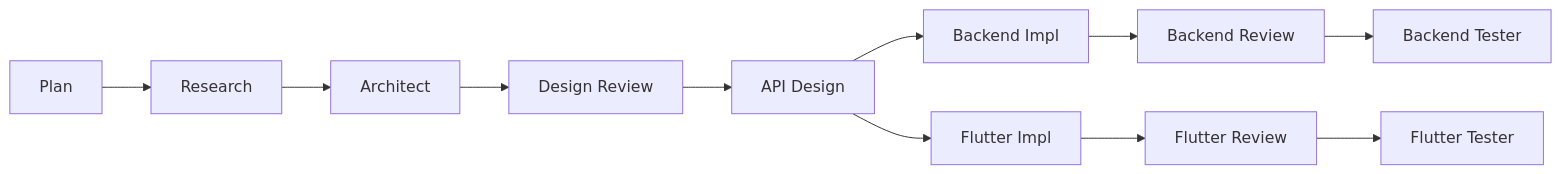
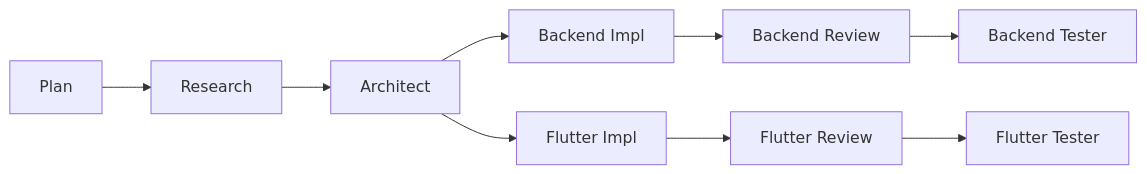
Before and after one commit to atmohamedamer/agents: the diagram in README.md, drawn with Mermaid. The commit also changed other lines of this file and 7 other files, not shown here.

````diff
--- a/README.md
+++ b/README.md
@@ -9,19 +8,11 @@
 ```mermaid
 flowchart LR
-  %% Agentic SDLC
-
   A[Plan] --> B[Research]
   B --> C[Architect]
-  C --> D[Design Review]
-  D --> E[API Design]
-
-  %% Parallel tracks after API Design
-  E --> BE[Backend Impl]
-  E --> FE[Flutter Impl]
-
+  C --> BE[Backend Impl]
+  C --> FE[Flutter Impl]
   BE --> BR[Backend Review]
   FE --> FR[Flutter Review]
-
   BR --> BQ[Backend Tester]
   FR --> FQ[Flutter Tester]
 ```
````
